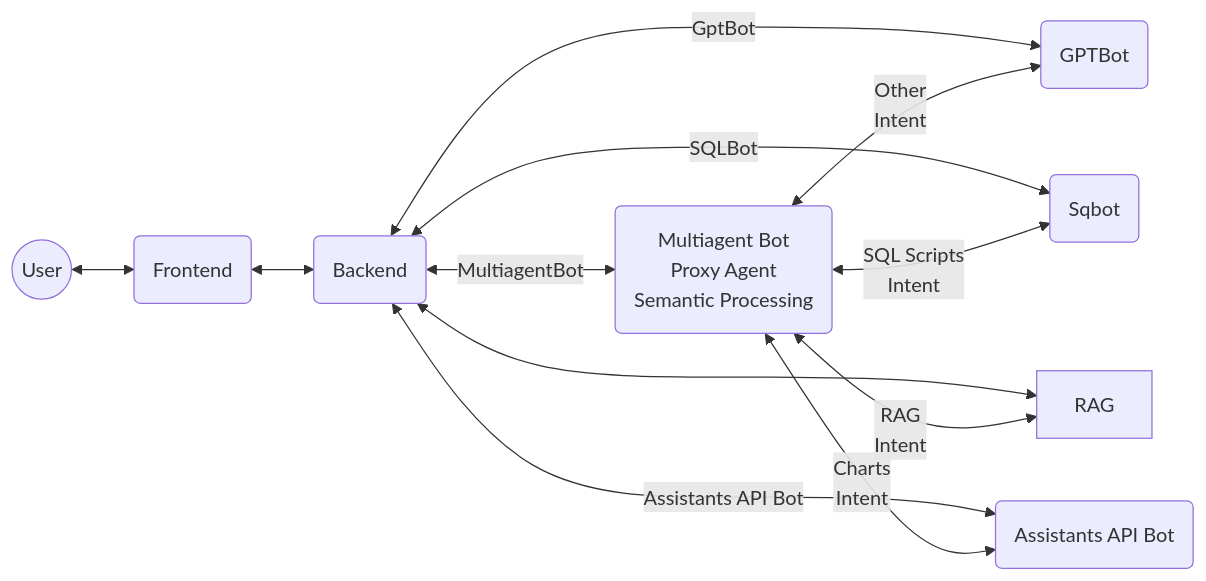
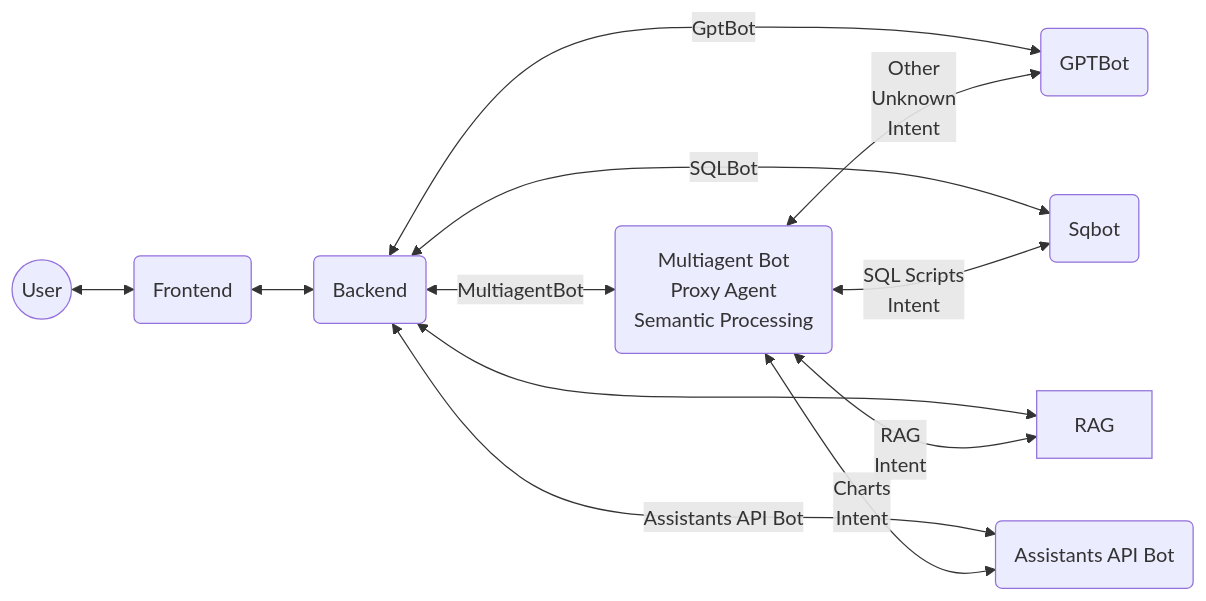
The diagram in README.md (msalemor/adventureworks-viewer-ai), drawn with Mermaid before and after one commit.

````diff
--- a/README.md
+++ b/README.md
@@ -11,14 +11,14 @@
 ```mermaid
 graph LR;
   A((User))<-->F(Frontend)
   F<-->B(Backend)
   B<--GptBot-->O(GPTBot)
   B<--SQLBot-->SQL(Sqbot)
   B<-->RAG
   B<--Assistants API Bot-->Asst(Assistants API Bot)
   B<--MultiagentBot-->M(Multiagent Bot<br/>Proxy Agent<br/>Semantic Processing)
-  M<--Other<br/>Intent-->O
+  M<--Other<br/>Unknown<br/>Intent-->O
   M<--SQL Scripts<br/>Intent-->SQL
   M<--Charts<br/>Intent-->Asst
   M<--RAG<br/>Intent-->RAG
 ```
````
